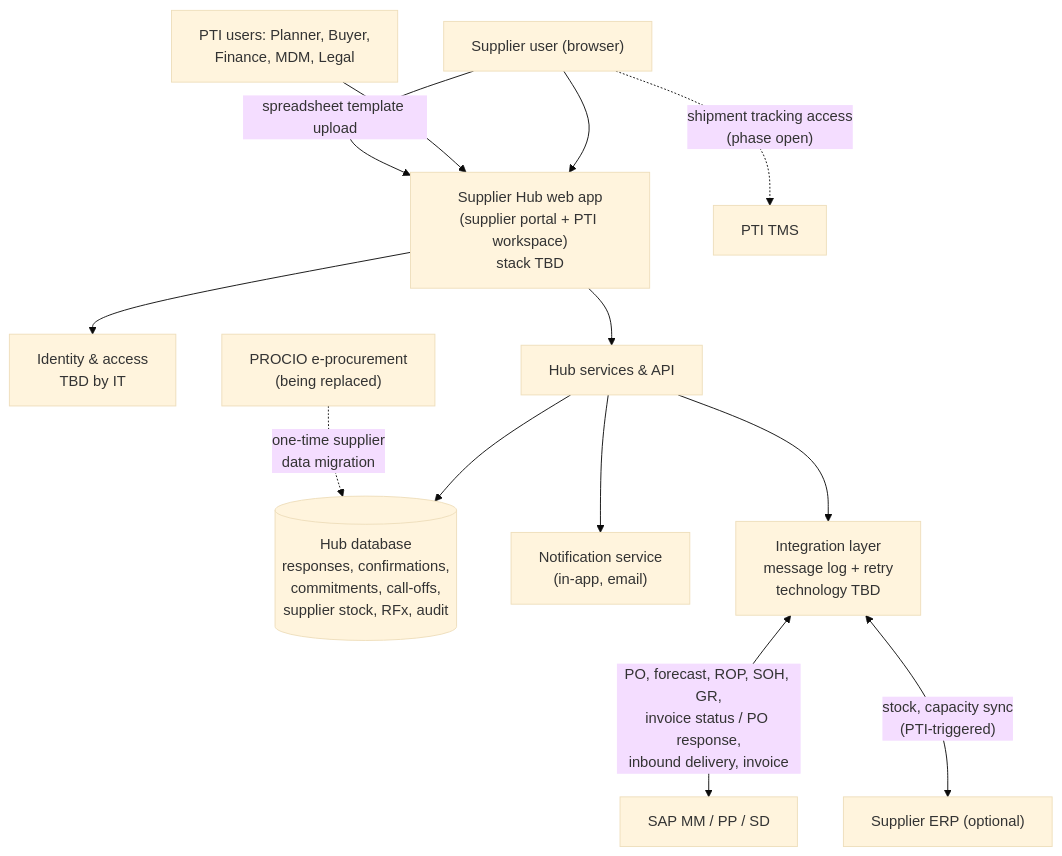
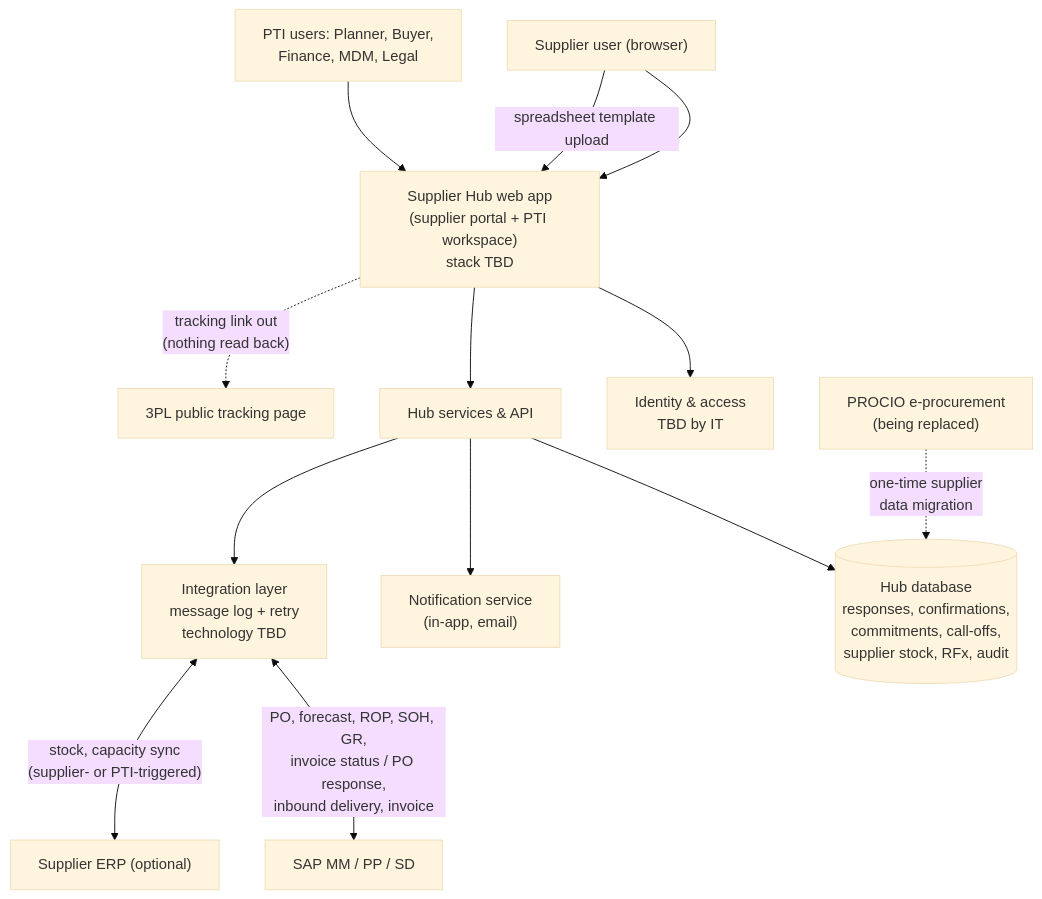
Before and after one commit to javal999/paragon-supplier-portal: the first of 2 diagrams in docs/supplier-hub/SUPPLIER-HUB-PRD.md, drawn with Mermaid (base theme). The commit also changed other lines of this file, not shown here.

````diff
--- a/docs/supplier-hub/SUPPLIER-HUB-PRD.md
+++ b/docs/supplier-hub/SUPPLIER-HUB-PRD.md
@@ -378,15 +383,15 @@
 ```mermaid
 flowchart TD
     SUP["Supplier user (browser)"] --> WEB["Supplier Hub web app<br/>(supplier portal + PTI workspace)<br/>stack TBD"]
     PTI["PTI users: Planner, Buyer,<br/>Finance, MDM, Legal"] --> WEB
     WEB --> IAM["Identity & access<br/>TBD by IT"]
     WEB --> API["Hub services & API"]
     API --> DB[("Hub database<br/>responses, confirmations,<br/>commitments, call-offs,<br/>supplier stock, RFx, audit")]
     API --> NOTIF["Notification service<br/>(in-app, email)"]
     API --> INT["Integration layer<br/>message log + retry<br/>technology TBD"]
     INT <-->|"PO, forecast, ROP, SOH, GR,<br/>invoice status / PO response,<br/>inbound delivery, invoice"| SAP["SAP MM / PP / SD"]
-    INT <-->|"stock, capacity sync<br/>(PTI-triggered)"| SERP["Supplier ERP (optional)"]
+    INT <-->|"stock, capacity sync<br/>(supplier- or PTI-triggered)"| SERP["Supplier ERP (optional)"]
     SUP -->|"spreadsheet template upload"| WEB
-    SUP -.->|"shipment tracking access<br/>(phase open)"| TMS["PTI TMS"]
+    WEB -.->|"tracking link out<br/>(nothing read back)"| TPL["3PL public tracking page"]
     PROCIO["PROCIO e-procurement<br/>(being replaced)"] -.->|"one-time supplier<br/>data migration"| DB
 ```
````
